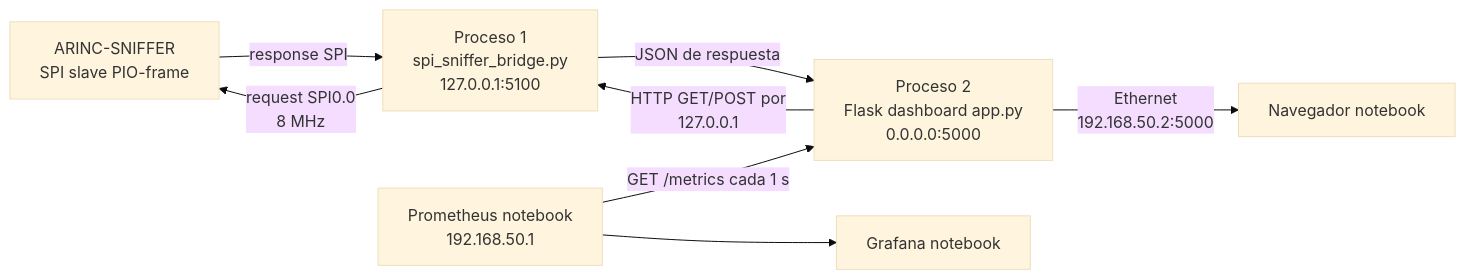
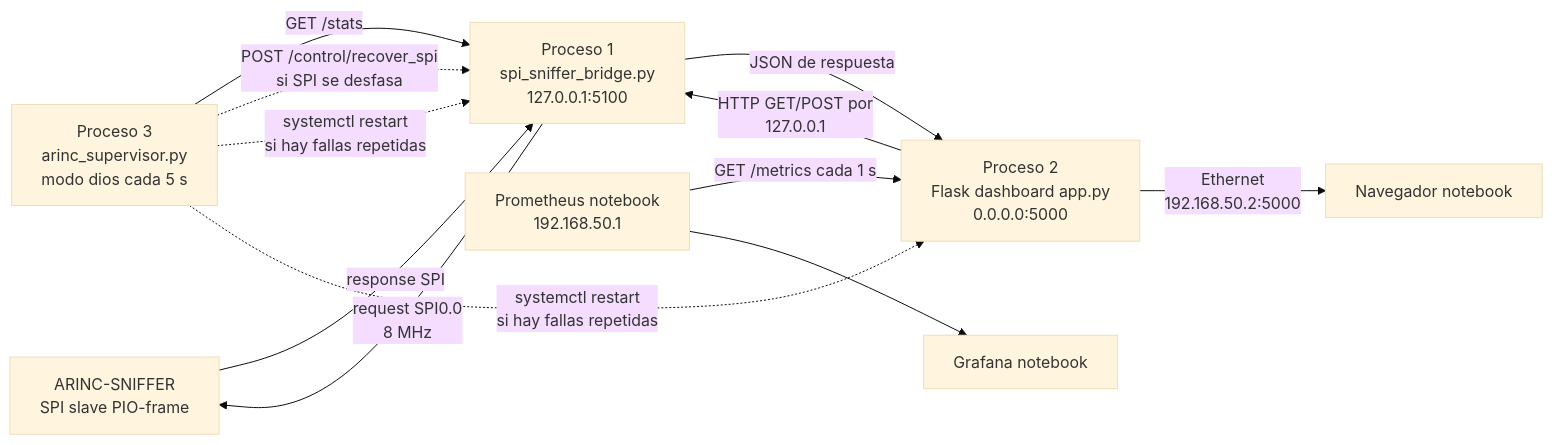
The first of 9 diagrams in docs/diagramas_bloques/04_raspberry_pi_3bplus.md (matiasdiazbenini/ARINC_SPI), drawn with Mermaid (base theme) before and after one commit. The commit also changed other lines of this file and 19 other files, not shown here.

Commit message:
feat: add ARINC recovery supervisor

````diff
--- a/docs/diagramas_bloques/04_raspberry_pi_3bplus.md
+++ b/docs/diagramas_bloques/04_raspberry_pi_3bplus.md
@@ -16,12 +17,17 @@
 ```mermaid
 flowchart LR
     SN["ARINC-SNIFFER<br/>SPI slave PIO-frame"] -->|"response SPI"| BR["Proceso 1<br/>spi_sniffer_bridge.py<br/>127.0.0.1:5100"]
     BR -->|"request SPI0.0<br/>8 MHz"| SN
 
     BR -->|"JSON de respuesta"| FL["Proceso 2<br/>Flask dashboard app.py<br/>0.0.0.0:5000"]
     FL -->|"HTTP GET/POST por<br/>127.0.0.1"| BR
 
+    SUP["Proceso 3<br/>arinc_supervisor.py<br/>modo dios cada 5 s"] -->|"GET /stats"| BR
+    SUP -.->|"POST /control/recover_spi<br/>si SPI se desfasa"| BR
+    SUP -.->|"systemctl restart<br/>si hay fallas repetidas"| BR
+    SUP -.->|"systemctl restart<br/>si hay fallas repetidas"| FL
+
     FL -->|"Ethernet<br/>192.168.50.2:5000"| WEB["Navegador notebook"]
     PROM["Prometheus notebook<br/>192.168.50.1"] -->|"GET /metrics cada 1 s"| FL
     PROM --> GRAF["Grafana notebook"]
 ```
````
